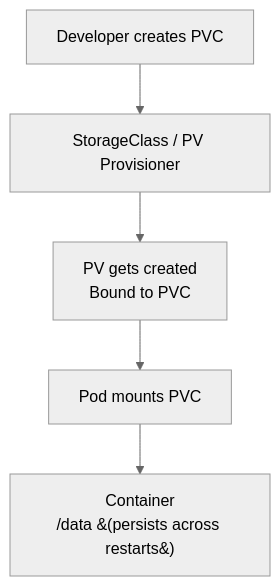
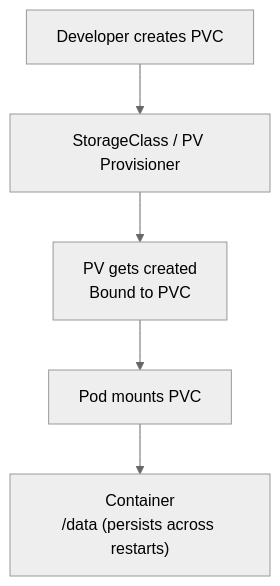
Before and after one commit to WhoisMonesh/K8S-Everything: the diagram in 05-storage/persistent-volumes.md, drawn with Mermaid (neutral theme). The commit also changed 15 other files, not shown here.

First line of the commit message:
Fix Mermaid parentheses syntax - use quoted labels

````diff
--- a/05-storage/persistent-volumes.md
+++ b/05-storage/persistent-volumes.md
@@ -22,7 +22,7 @@
 ```mermaid
 graph TD
     A[Developer creates PVC] --> B[StorageClass / PV Provisioner]
     B --> C[PV gets created<br/>Bound to PVC]
     C --> D[Pod mounts PVC]
-    D --> E[Container<br/>/data &#40;persists across restarts&#41;]
+    D --> E["Container<br/>/data (persists across restarts)"]
 ```
````
